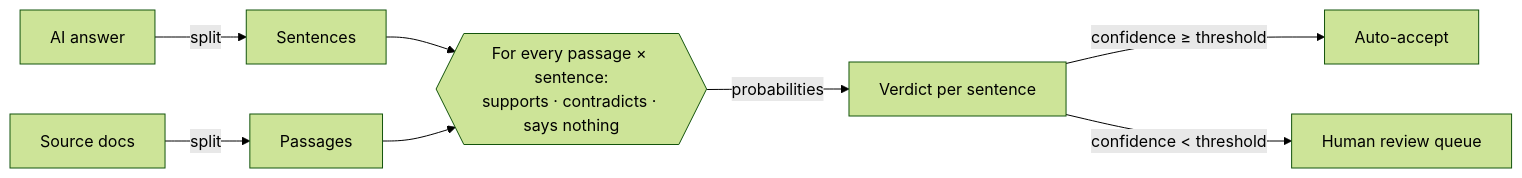
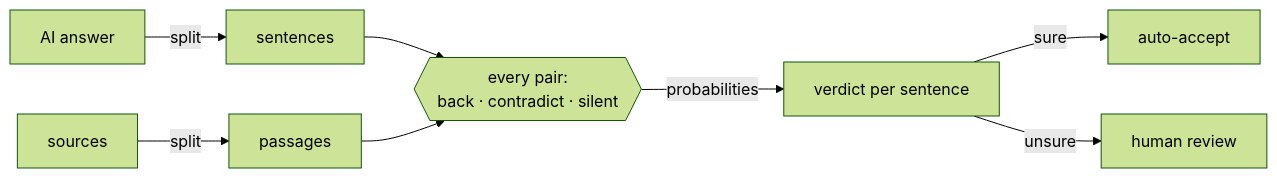
Before and after one commit to NoumanZahid-85/hallucinot: the diagram in README.md, drawn with Mermaid (forest theme). The commit also changed other lines of this file, not shown here.

````diff
--- a/README.md
+++ b/README.md
@@ -34,10 +45,9 @@
 ```mermaid
 flowchart LR
-    A[AI answer] -->|split| S[Sentences]
-    D[Source docs] -->|split| P[Passages]
-    S --> Q{{"For every passage × sentence:<br/>supports · contradicts · says nothing"}}
-    P --> Q
-    Q -->|probabilities| V[Verdict per sentence]
-    V -->|confidence ≥ threshold| OK[Auto-accept]
-    V -->|confidence < threshold| HR[Human review queue]
+    A[AI answer] -->|split| S[sentences]
+    D[sources] -->|split| P[passages]
+    S & P --> Q{{"every pair:<br/>back · contradict · silent"}}
+    Q -->|probabilities| V[verdict per sentence]
+    V -->|sure| OK[auto-accept]
+    V -->|unsure| H[human review]
 ```
````
